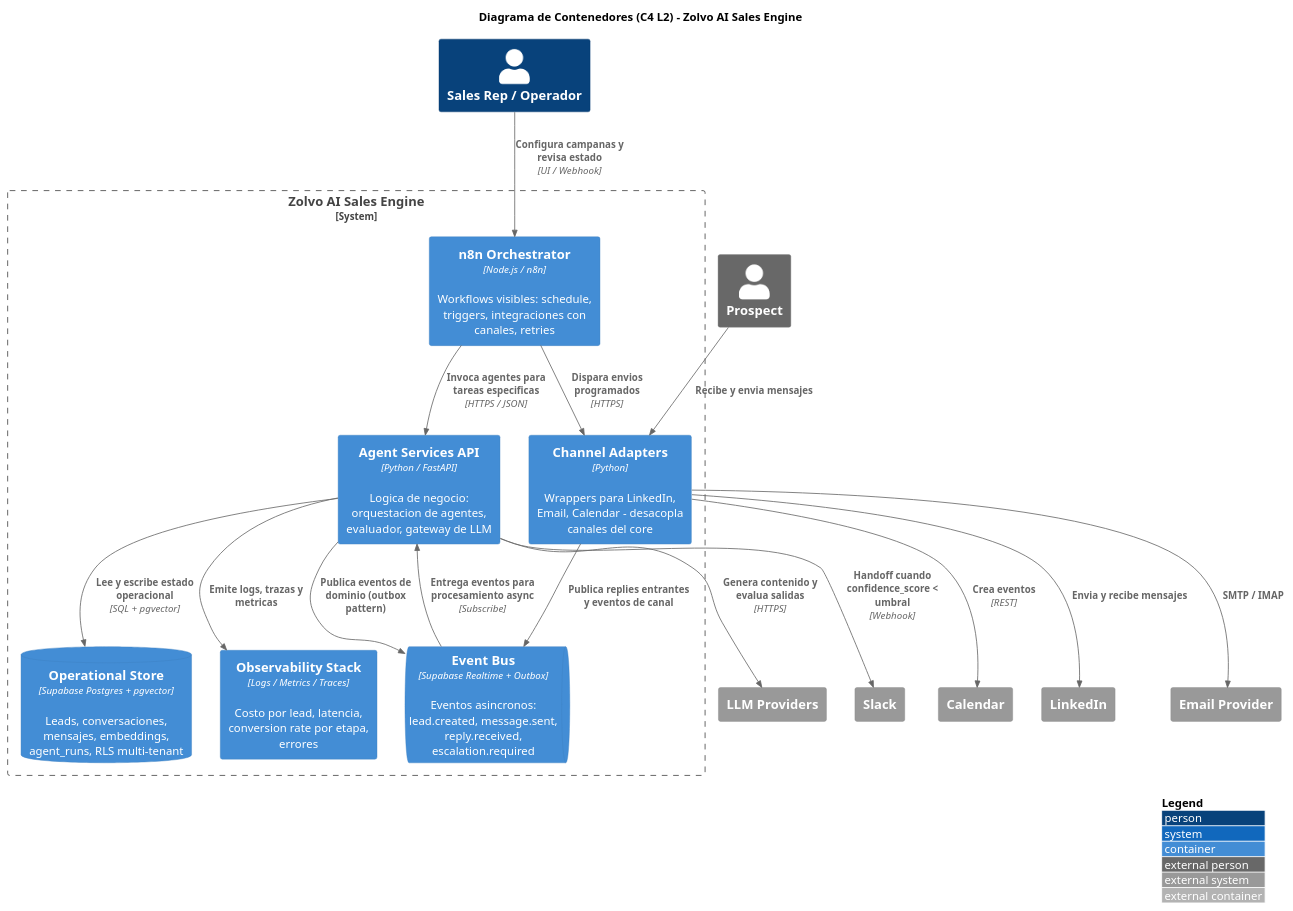
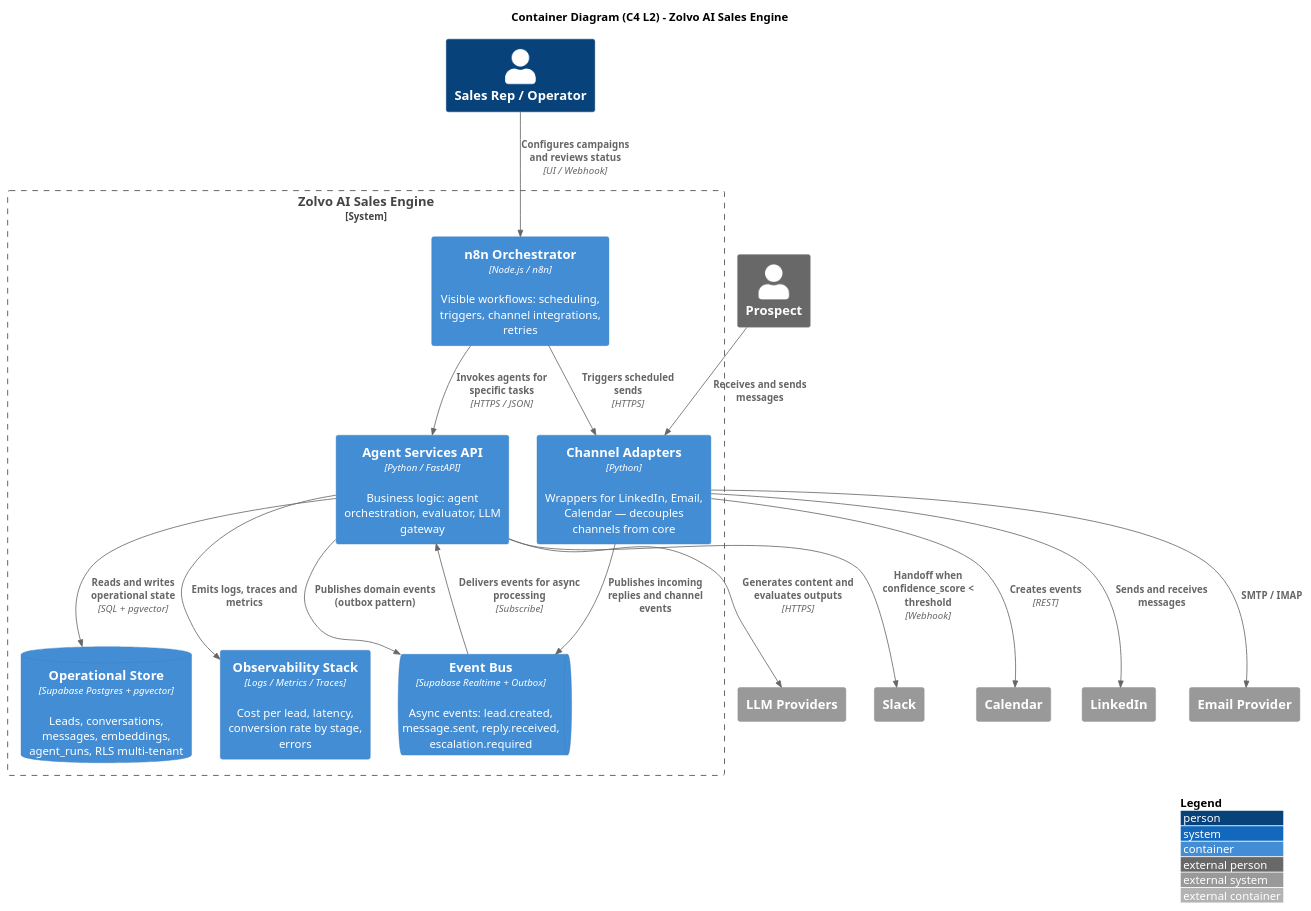
One commit to esyepesv/zolvo-prototype changed the second of 5 diagrams in docs/arquitectura-zolvo.md. Above: the diagram before and after it, drawn with PlantUML. The commit also changed other lines of this file and 10 other files, not shown here.

First line of the commit message:
docs: translate all documentation to English; add Docker support and graphical dashboard

````diff
--- a/docs/arquitectura-zolvo.md
+++ b/docs/arquitectura-zolvo.md
@@ -260,43 +260,43 @@
 ```plantuml
 @startuml C4_Container_Zolvo
 !include https://raw.githubusercontent.com/plantuml-stdlib/C4-PlantUML/master/C4_Container.puml
 
 LAYOUT_WITH_LEGEND()
-title Diagrama de Contenedores (C4 L2) - Zolvo AI Sales Engine
+title Container Diagram (C4 L2) - Zolvo AI Sales Engine
 
-Person(sales_rep, "Sales Rep / Operador")
+Person(sales_rep, "Sales Rep / Operator")
 Person_Ext(prospect, "Prospect")
 
 System_Boundary(zolvo, "Zolvo AI Sales Engine") {
-    Container(n8n, "n8n Orchestrator", "Node.js / n8n", "Workflows visibles: schedule, triggers, integraciones con canales, retries")
-    Container(agents_api, "Agent Services API", "Python / FastAPI", "Logica de negocio: orquestacion de agentes, evaluador, gateway de LLM")
-    Container(channel_adapters, "Channel Adapters", "Python", "Wrappers para LinkedIn, Email, Calendar - desacopla canales del core")
-    ContainerQueue(event_bus, "Event Bus", "Supabase Realtime + Outbox", "Eventos asincronos: lead.created, message.sent, reply.received, escalation.required")
-    ContainerDb(db, "Operational Store", "Supabase Postgres + pgvector", "Leads, conversaciones, mensajes, embeddings, agent_runs, RLS multi-tenant")
-    Container(obs, "Observability Stack", "Logs / Metrics / Traces", "Costo por lead, latencia, conversion rate por etapa, errores")
+    Container(n8n, "n8n Orchestrator", "Node.js / n8n", "Visible workflows: scheduling, triggers, channel integrations, retries")
+    Container(agents_api, "Agent Services API", "Python / FastAPI", "Business logic: agent orchestration, evaluator, LLM gateway")
+    Container(channel_adapters, "Channel Adapters", "Python", "Wrappers for LinkedIn, Email, Calendar — decouples channels from core")
+    ContainerQueue(event_bus, "Event Bus", "Supabase Realtime + Outbox", "Async events: lead.created, message.sent, reply.received, escalation.required")
+    ContainerDb(db, "Operational Store", "Supabase Postgres + pgvector", "Leads, conversations, messages, embeddings, agent_runs, RLS multi-tenant")
+    Container(obs, "Observability Stack", "Logs / Metrics / Traces", "Cost per lead, latency, conversion rate by stage, errors")
 }
 
 System_Ext(linkedin, "LinkedIn")
 System_Ext(email, "Email Provider")
 System_Ext(calendar, "Calendar")
 System_Ext(llm, "LLM Providers")
 System_Ext(slack, "Slack")
 
-Rel(sales_rep, n8n, "Configura campanas y revisa estado", "UI / Webhook")
-Rel(prospect, channel_adapters, "Recibe y envia mensajes")
+Rel(sales_rep, n8n, "Configures campaigns and reviews status", "UI / Webhook")
+Rel(prospect, channel_adapters, "Receives and sends messages")
 
-Rel(n8n, agents_api, "Invoca agentes para tareas especificas", "HTTPS / JSON")
-Rel(n8n, channel_adapters, "Dispara envios programados", "HTTPS")
-Rel(channel_adapters, event_bus, "Publica replies entrantes y eventos de canal")
-Rel(event_bus, agents_api, "Entrega eventos para procesamiento async", "Subscribe")
-Rel(agents_api, db, "Lee y escribe estado operacional", "SQL + pgvector")
-Rel(agents_api, llm, "Genera contenido y evalua salidas", "HTTPS")
-Rel(agents_api, event_bus, "Publica eventos de dominio (outbox pattern)")
-Rel(agents_api, obs, "Emite logs, trazas y metricas")
-Rel(channel_adapters, linkedin, "Envia y recibe mensajes")
+Rel(n8n, agents_api, "Invokes agents for specific tasks", "HTTPS / JSON")
+Rel(n8n, channel_adapters, "Triggers scheduled sends", "HTTPS")
+Rel(channel_adapters, event_bus, "Publishes incoming replies and channel events")
+Rel(event_bus, agents_api, "Delivers events for async processing", "Subscribe")
+Rel(agents_api, db, "Reads and writes operational state", "SQL + pgvector")
+Rel(agents_api, llm, "Generates content and evaluates outputs", "HTTPS")
+Rel(agents_api, event_bus, "Publishes domain events (outbox pattern)")
+Rel(agents_api, obs, "Emits logs, traces and metrics")
+Rel(channel_adapters, linkedin, "Sends and receives messages")
 Rel(channel_adapters, email, "SMTP / IMAP")
-Rel(channel_adapters, calendar, "Crea eventos", "REST")
-Rel(agents_api, slack, "Handoff cuando confidence_score < umbral", "Webhook")
+Rel(channel_adapters, calendar, "Creates events", "REST")
+Rel(agents_api, slack, "Handoff when confidence_score < threshold", "Webhook")
 
 @enduml
 ```
````
